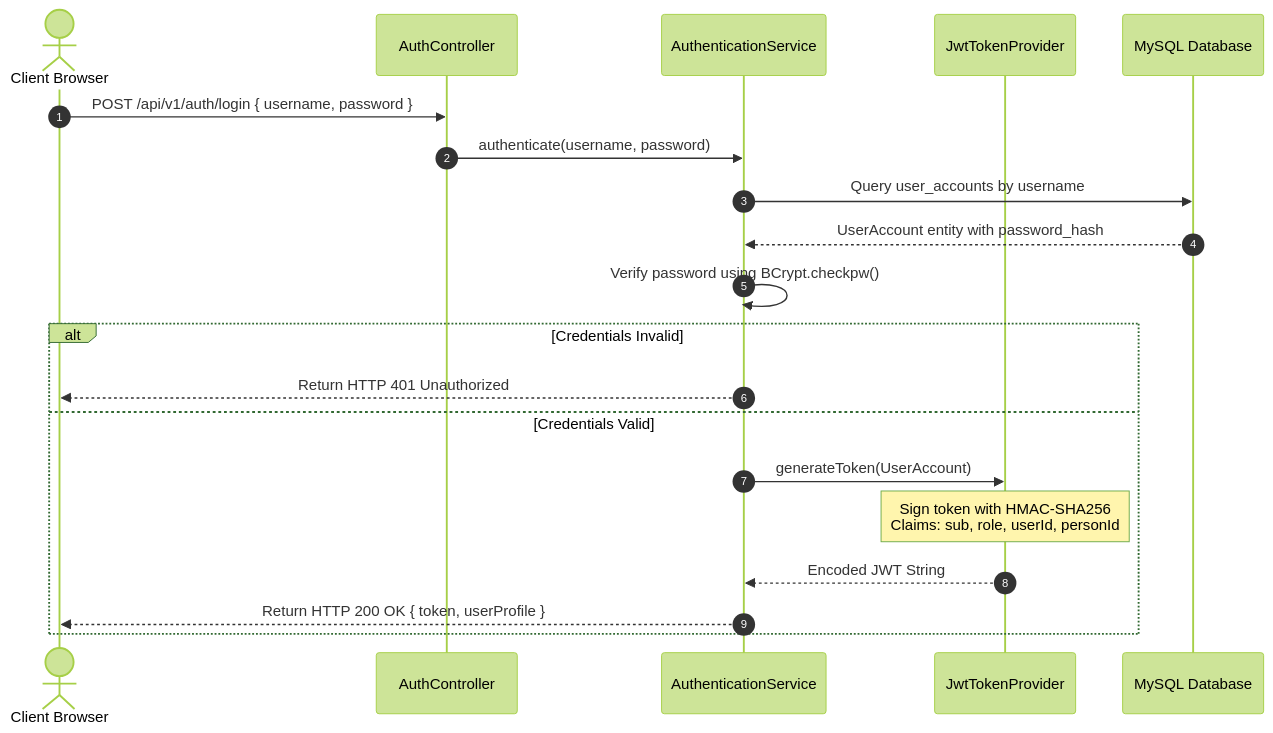
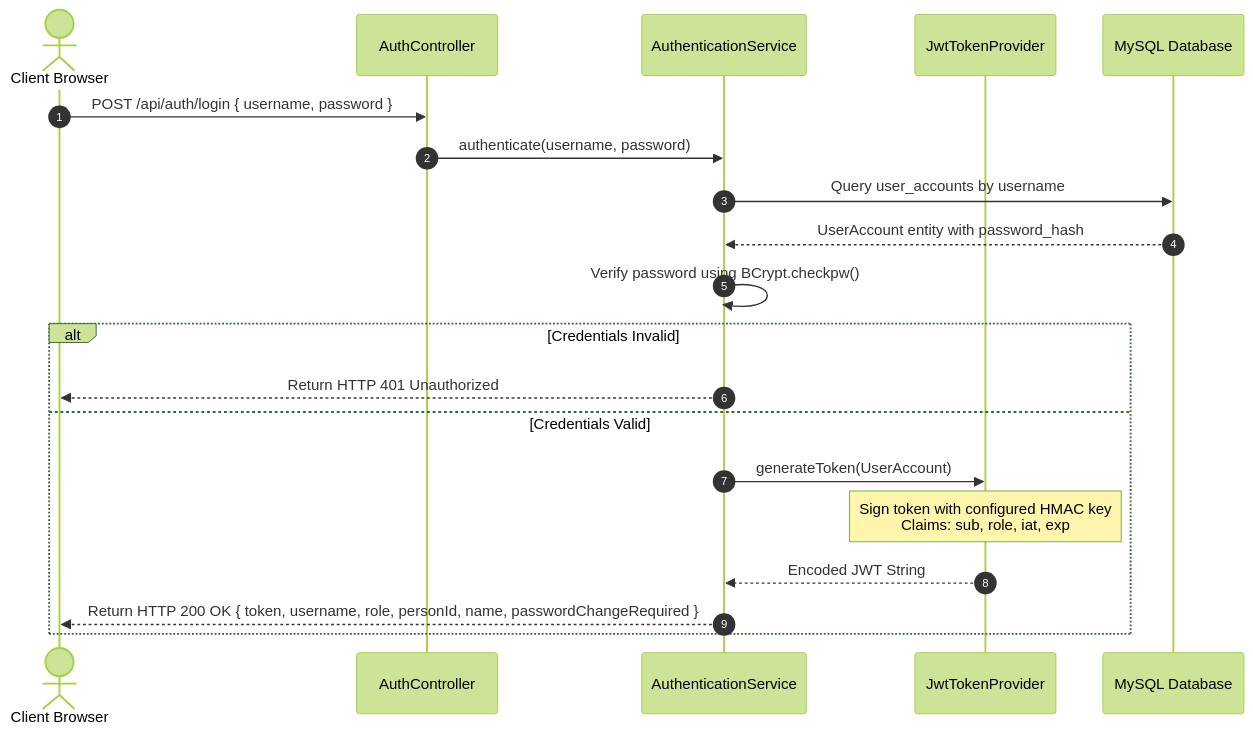
The diagram in docs/backend-plan/06-security-and-roles.md (sanjanascw13/MediTek), drawn with Mermaid (forest theme) before and after one commit. The commit also changed other lines of this file and 223 other files, not shown here.

Commit message:
feat: implement pharmacy prescribing, surgery scheduling, patient bill payment, and login password visibility toggle

````diff
--- a/docs/backend-plan/06-security-and-roles.md
+++ b/docs/backend-plan/06-security-and-roles.md
@@ -35,23 +43,23 @@
 ```mermaid
 sequenceDiagram
     autonumber
     actor User as Client Browser
     participant AuthCtrl as AuthController
     participant Svc as AuthenticationService
     participant JWT as JwtTokenProvider
     participant DB as MySQL Database
 
-    User->>AuthCtrl: POST /api/v1/auth/login { username, password }
+    User->>AuthCtrl: POST /api/auth/login { username, password }
     AuthCtrl->>Svc: authenticate(username, password)
     Svc->>DB: Query user_accounts by username
     DB-->>Svc: UserAccount entity with password_hash
     Svc->>Svc: Verify password using BCrypt.checkpw()
     alt Credentials Invalid
         Svc-->>User: Return HTTP 401 Unauthorized
     else Credentials Valid
         Svc->>JWT: generateToken(UserAccount)
-        Note over JWT: Sign token with HMAC-SHA256<br/>Claims: sub, role, userId, personId
+        Note over JWT: Sign token with configured HMAC key<br/>Claims: sub, role, iat, exp
         JWT-->>Svc: Encoded JWT String
-        Svc-->>User: Return HTTP 200 OK { token, userProfile }
+        Svc-->>User: Return HTTP 200 OK { token, username, role, personId, name, passwordChangeRequired }
     end
 ```
````
